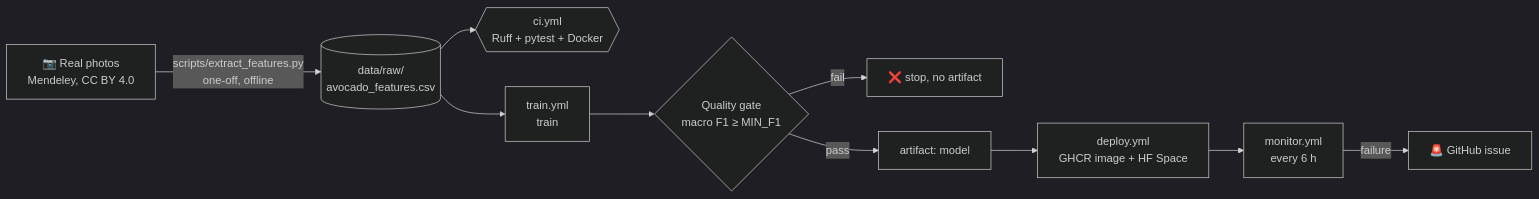
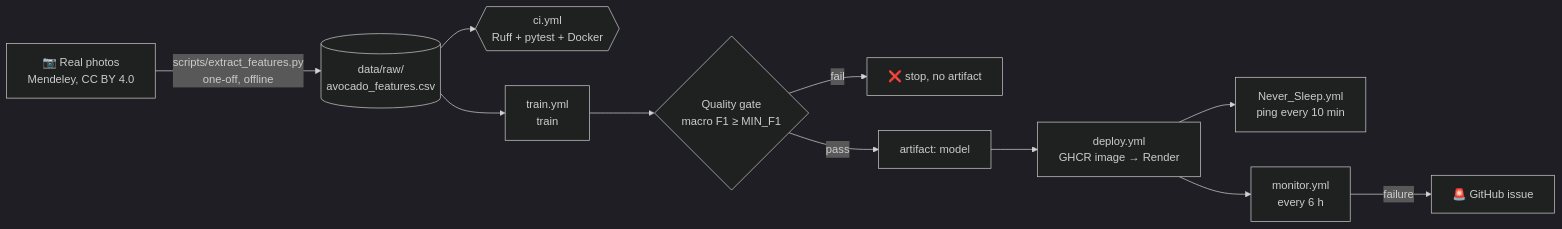
One commit to ALEMDJOU/ProjetGitHubDevDay changed the diagram in docs/architecture.md. Above: the diagram before and after it, drawn with Mermaid (dark theme). The commit also changed other lines of this file and 11 other files, not shown here.

First line of the commit message:
feat(deploy): deploy to Render and keep it awake with Never_Sleep

````diff
--- a/docs/architecture.md
+++ b/docs/architecture.md
@@ -5,12 +5,13 @@
 ```mermaid
 flowchart LR
     A[📷 Real photos<br/>Mendeley, CC BY 4.0] -->|scripts/extract_features.py<br/>one-off, offline| B[(data/raw/<br/>avocado_features.csv)]
     B --> C{{ci.yml<br/>Ruff + pytest + Docker}}
     B --> D[train.yml<br/>train]
     D --> E{Quality gate<br/>macro F1 ≥ MIN_F1}
     E -- fail --> X[❌ stop, no artifact]
     E -- pass --> F[artifact: model]
-    F --> G[deploy.yml<br/>GHCR image + HF Space]
+    F --> G[deploy.yml<br/>GHCR image → Render]
+    G --> K[Never_Sleep.yml<br/>ping every 10 min]
     G --> H[monitor.yml<br/>every 6 h]
     H -- failure --> I[🚨 GitHub issue]
 ```
````
